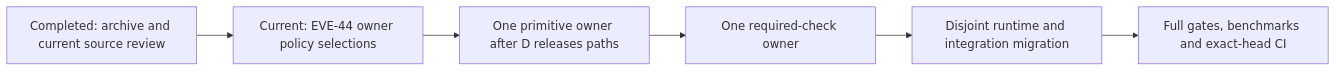
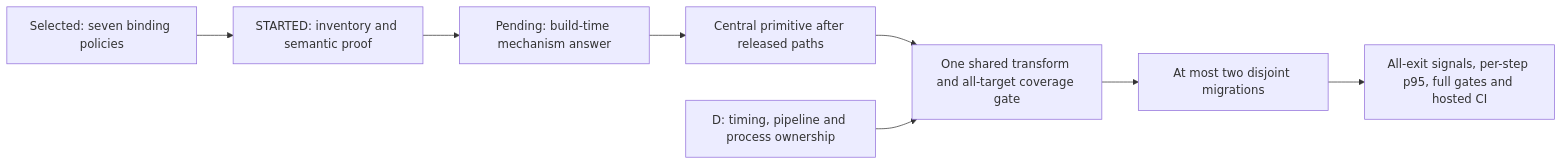
The first of 45 diagrams in docs/planning/timeline.md (Resnovas/Eventiva), drawn with Mermaid before and after one commit. The commit also changed other lines of this file and 6 other files, not shown here.

First line of the commit message:
feat(telemetry): prove function inventory and review records

````diff
--- a/docs/planning/timeline.md
+++ b/docs/planning/timeline.md
@@ -19,8 +22,10 @@
 ```mermaid
 flowchart LR
-    Review["Completed: archive and current source review"] --> Plan["Current: EVE-44 owner policy selections"]
-    Plan --> Primitive["One primitive owner after D releases paths"]
-    Primitive --> Check["One required-check owner"]
-    Check --> Migrate["Disjoint runtime and integration migration"]
-    Migrate --> Evidence["Full gates, benchmarks and exact-head CI"]
+    Selected["Selected: seven binding policies"] --> S1["STARTED: inventory and semantic proof"]
+    S1 --> Decision["Pending: build-time mechanism answer"]
+    Decision --> Primitive["Central primitive after released paths"]
+    Primitive --> Check["One shared transform and all-target coverage gate"]
+    D["D: timing, pipeline and process ownership"] --> Check
+    Check --> Migrate["At most two disjoint migrations"]
+    Migrate --> Evidence["All-exit signals, per-step p95, full gates and hosted CI"]
 ```
````
